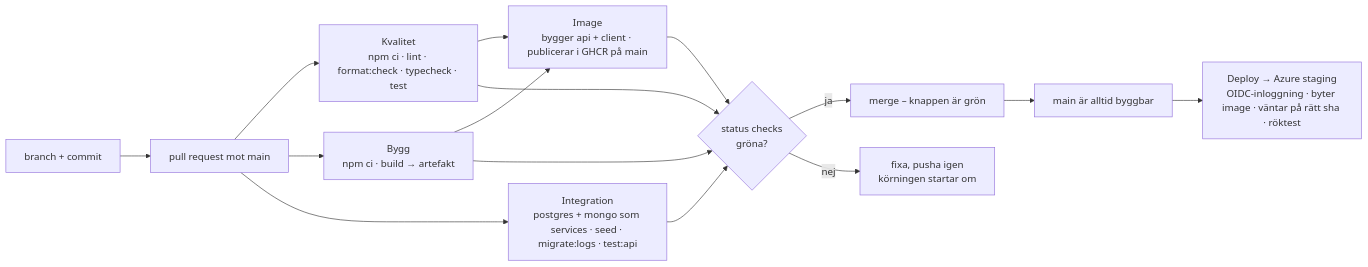
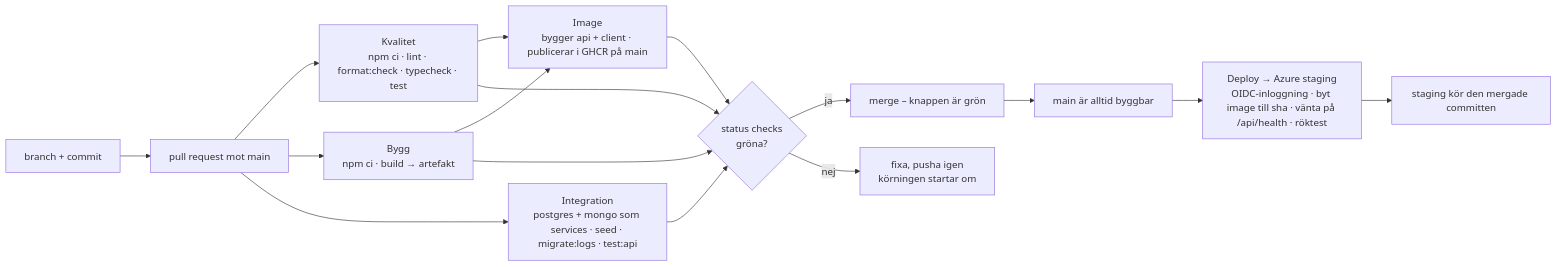
One commit to Snudde/utpost-cloud-labb-benjamin-oskar-kalle changed the diagram in docs/pipeline.md. Above: the diagram before and after it, drawn with Mermaid. The commit also changed other lines of this file and 1 other file, not shown here.

First line of the commit message:
M6: deploy till Azure staging från pipelinen – dokumentation

````diff
--- a/docs/pipeline.md
+++ b/docs/pipeline.md
@@ -7,17 +7,18 @@
 ```mermaid
 flowchart LR
   B[branch + commit] --> PR[pull request mot main]
   PR --> Q[Kvalitet<br/>npm ci · lint · format:check · typecheck · test]
   PR --> BU[Bygg<br/>npm ci · build → artefakt]
   PR --> I[Integration<br/>postgres + mongo som services · seed · migrate:logs · test:api]
   Q --> IM[Image<br/>bygger api + client · publicerar i GHCR på main]
   BU --> IM
   Q --> S{status checks<br/>gröna?}
   BU --> S
   I --> S
   IM --> S
   S -->|ja| M[merge – knappen är grön]
   S -->|nej| F[fixa, pusha igen<br/>körningen startar om]
   M --> MAIN[main är alltid byggbar]
-  MAIN --> D[Deploy → Azure staging<br/>OIDC-inloggning · byter image · väntar på rätt sha · röktest]
+  MAIN --> D[Deploy → Azure staging<br/>OIDC-inloggning · byt image till sha · vänta på /api/health · röktest]
+  D --> ST[staging kör den mergade committen]
 ```
````
